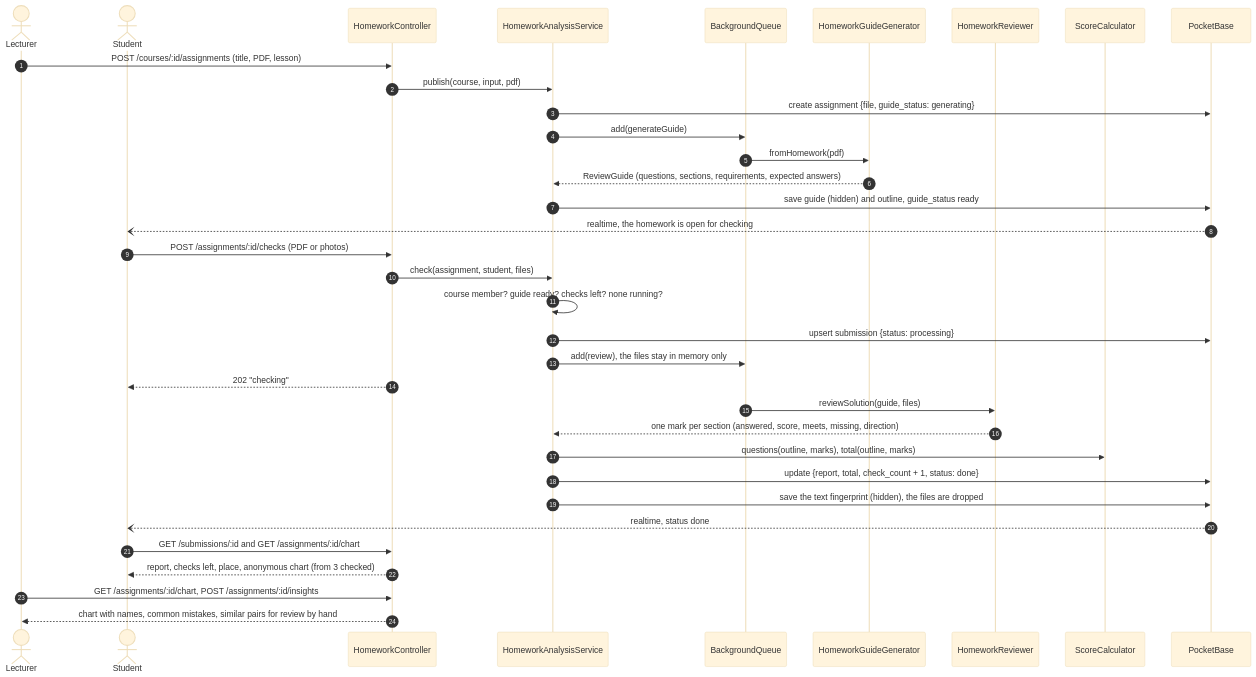
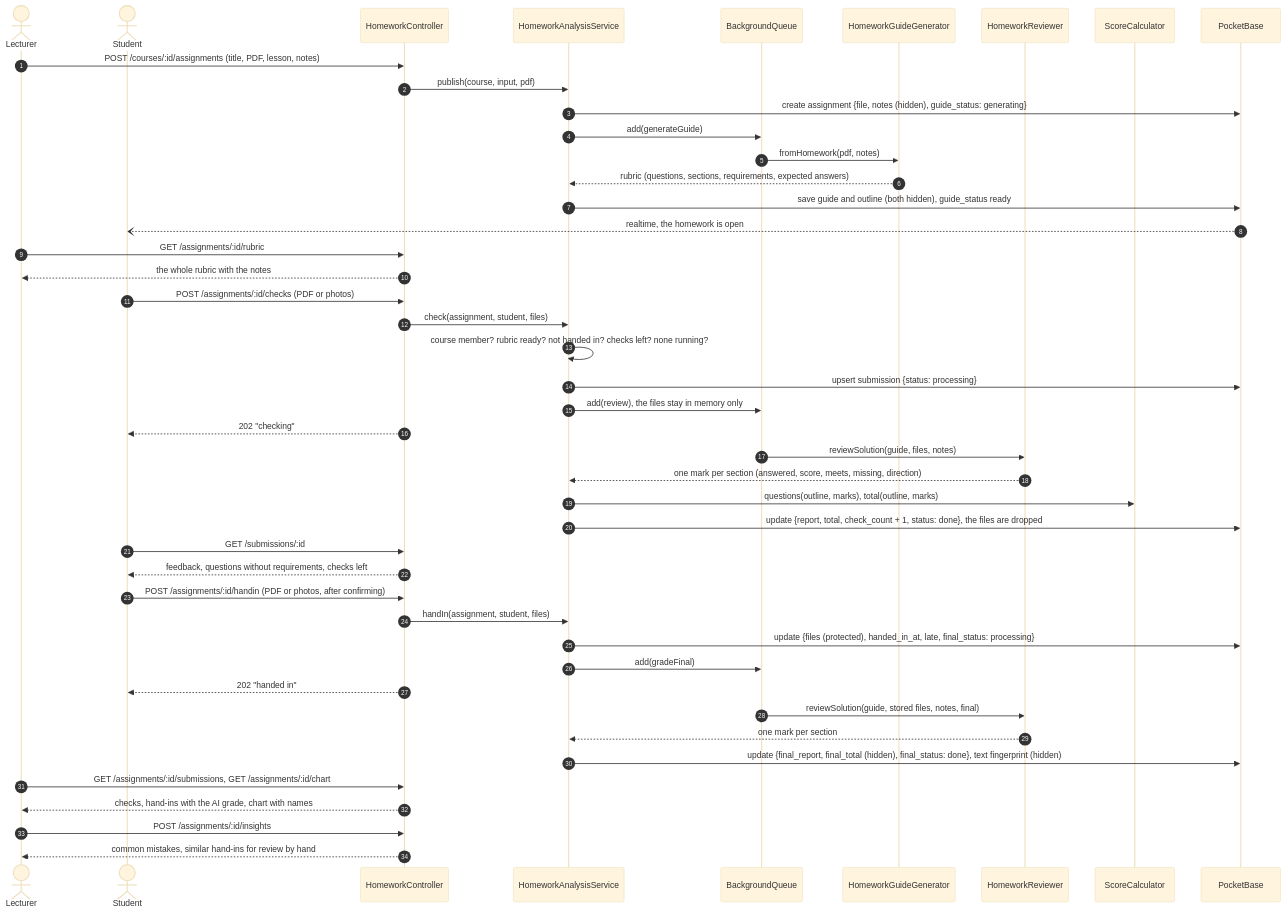
One commit to GiladApel/classpulse changed the sixth of 9 diagrams in docs/07-sequence-diagrams.md. Above: the diagram before and after it, drawn with Mermaid (base theme). The commit also changed other lines of this file, not shown here.

Commit message:
docs(sdd): SD6 adds the hand-in and the background grading for the lecturer

````diff
--- a/docs/07-sequence-diagrams.md
+++ b/docs/07-sequence-diagrams.md
@@ -233,40 +233,51 @@
 ```mermaid
 sequenceDiagram
   autonumber
   actor L as Lecturer
   actor S as Student
   participant API as HomeworkController
   participant HA as HomeworkAnalysisService
   participant Q as BackgroundQueue
   participant GG as HomeworkGuideGenerator
   participant HR as HomeworkReviewer
   participant SC as ScoreCalculator
   participant PB as PocketBase
 
-  L->>API: POST /courses/:id/assignments (title, PDF, lesson)
+  L->>API: POST /courses/:id/assignments (title, PDF, lesson, notes)
   API->>HA: publish(course, input, pdf)
-  HA->>PB: create assignment {file, guide_status: generating}
+  HA->>PB: create assignment {file, notes (hidden), guide_status: generating}
   HA->>Q: add(generateGuide)
-  Q->>GG: fromHomework(pdf)
-  GG-->>HA: ReviewGuide (questions, sections, requirements, expected answers)
-  HA->>PB: save guide (hidden) and outline, guide_status ready
-  PB--)S: realtime, the homework is open for checking
+  Q->>GG: fromHomework(pdf, notes)
+  GG-->>HA: rubric (questions, sections, requirements, expected answers)
+  HA->>PB: save guide and outline (both hidden), guide_status ready
+  PB--)S: realtime, the homework is open
+  L->>API: GET /assignments/:id/rubric
+  API-->>L: the whole rubric with the notes
 
   S->>API: POST /assignments/:id/checks (PDF or photos)
   API->>HA: check(assignment, student, files)
-  HA->>HA: course member? guide ready? checks left? none running?
+  HA->>HA: course member? rubric ready? not handed in? checks left? none running?
   HA->>PB: upsert submission {status: processing}
   HA->>Q: add(review), the files stay in memory only
   API-->>S: 202 "checking"
-  Q->>HR: reviewSolution(guide, files)
+  Q->>HR: reviewSolution(guide, files, notes)
   HR-->>HA: one mark per section (answered, score, meets, missing, direction)
   HA->>SC: questions(outline, marks), total(outline, marks)
-  HA->>PB: update {report, total, check_count + 1, status: done}
-  HA->>PB: save the text fingerprint (hidden), the files are dropped
-  PB--)S: realtime, status done
-  S->>API: GET /submissions/:id and GET /assignments/:id/chart
-  API-->>S: report, checks left, place, anonymous chart (from 3 checked)
+  HA->>PB: update {report, total, check_count + 1, status: done}, the files are dropped
+  S->>API: GET /submissions/:id
+  API-->>S: feedback, questions without requirements, checks left
 
-  L->>API: GET /assignments/:id/chart, POST /assignments/:id/insights
-  API-->>L: chart with names, common mistakes, similar pairs for review by hand
+  S->>API: POST /assignments/:id/handin (PDF or photos, after confirming)
+  API->>HA: handIn(assignment, student, files)
+  HA->>PB: update {files (protected), handed_in_at, late, final_status: processing}
+  HA->>Q: add(gradeFinal)
+  API-->>S: 202 "handed in"
+  Q->>HR: reviewSolution(guide, stored files, notes, final)
+  HR-->>HA: one mark per section
+  HA->>PB: update {final_report, final_total (hidden), final_status: done}, text fingerprint (hidden)
+
+  L->>API: GET /assignments/:id/submissions, GET /assignments/:id/chart
+  API-->>L: checks, hand-ins with the AI grade, chart with names
+  L->>API: POST /assignments/:id/insights
+  API-->>L: common mistakes, similar hand-ins for review by hand
 ```
````
